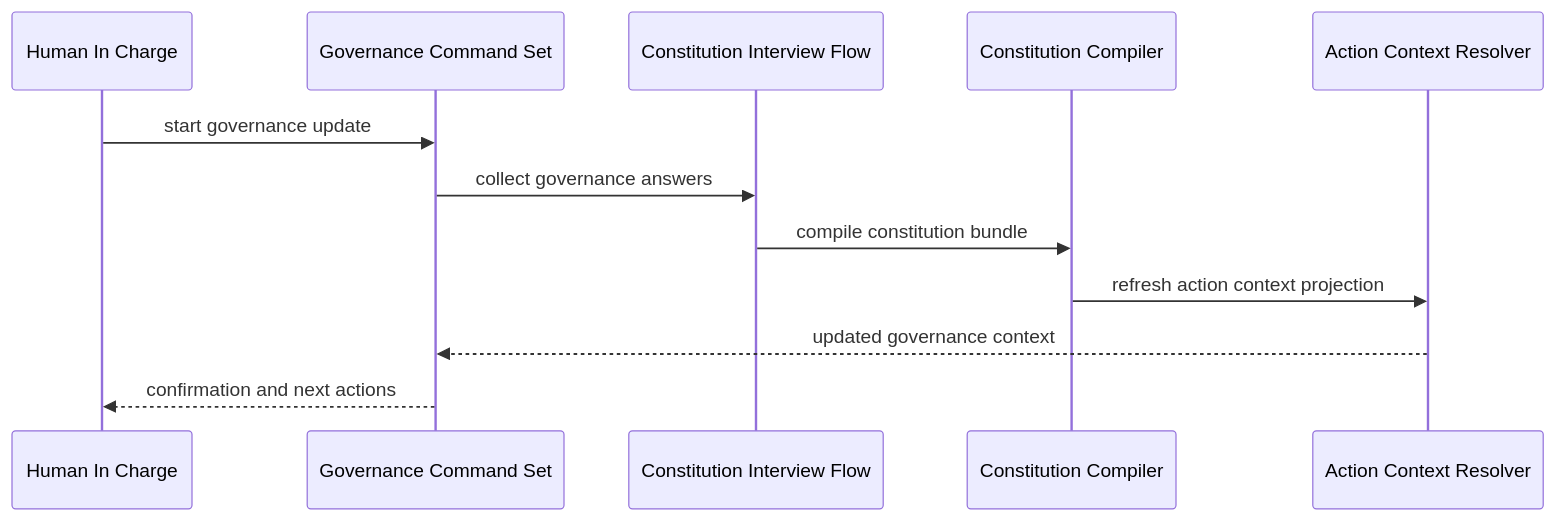
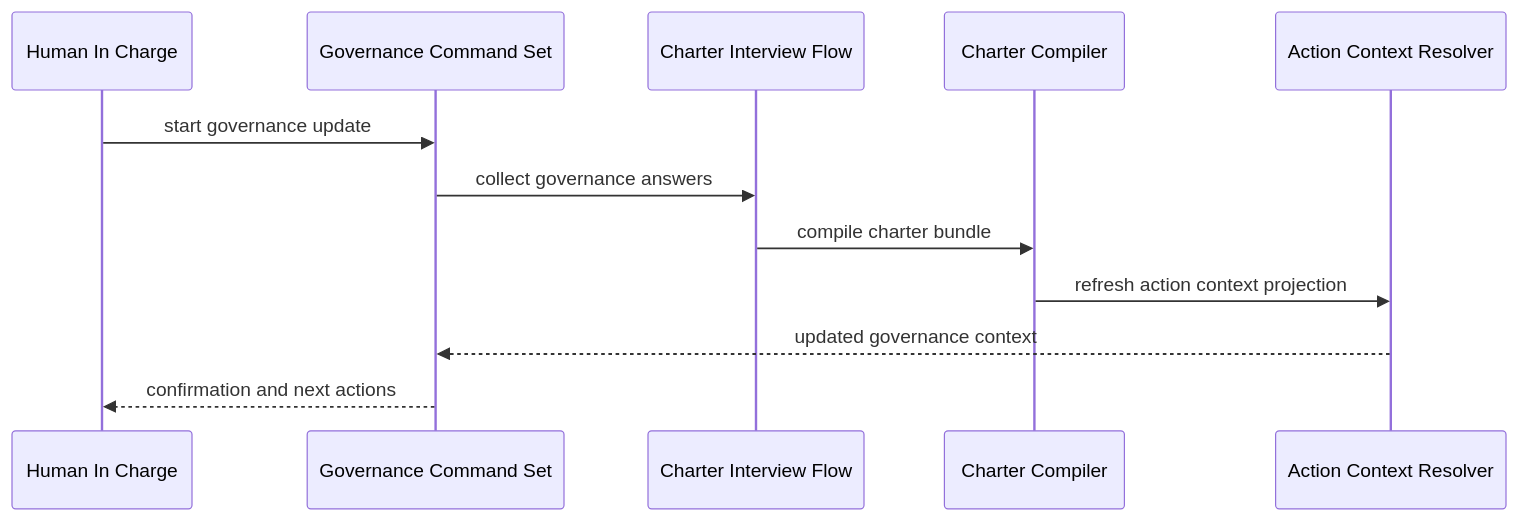
Before and after one commit to Priivacy-ai/spec-kitty: the fifth of 6 diagrams in architecture/2.x/03_components/README.md, drawn with Mermaid. The commit also changed other lines of this file and 324 other files, not shown here.

````diff
--- a/architecture/2.x/03_components/README.md
+++ b/architecture/2.x/03_components/README.md
@@ -212,15 +212,15 @@
 ```mermaid
 sequenceDiagram
     participant Human as Human In Charge
     participant GovCmd as Governance Command Set
-    participant Interview as Constitution Interview Flow
-    participant Compile as Constitution Compiler
+    participant Interview as Charter Interview Flow
+    participant Compile as Charter Compiler
     participant Resolver as Action Context Resolver
 
     Human->>GovCmd: start governance update
     GovCmd->>Interview: collect governance answers
-    Interview->>Compile: compile constitution bundle
+    Interview->>Compile: compile charter bundle
     Compile->>Resolver: refresh action context projection
     Resolver-->>GovCmd: updated governance context
     GovCmd-->>Human: confirmation and next actions
 ```
````
